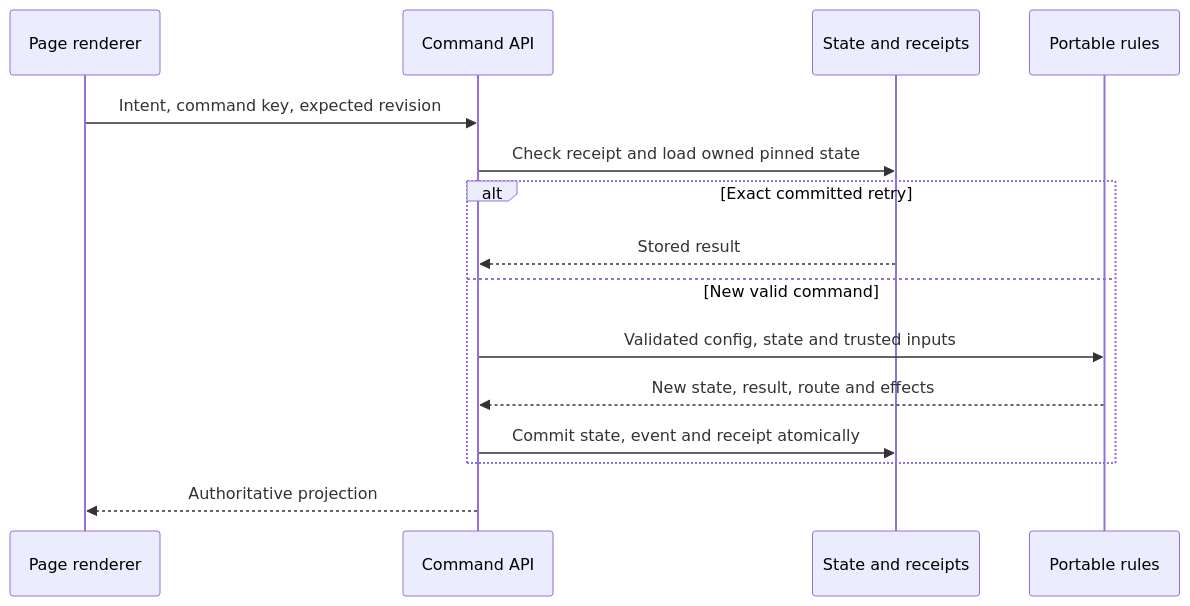
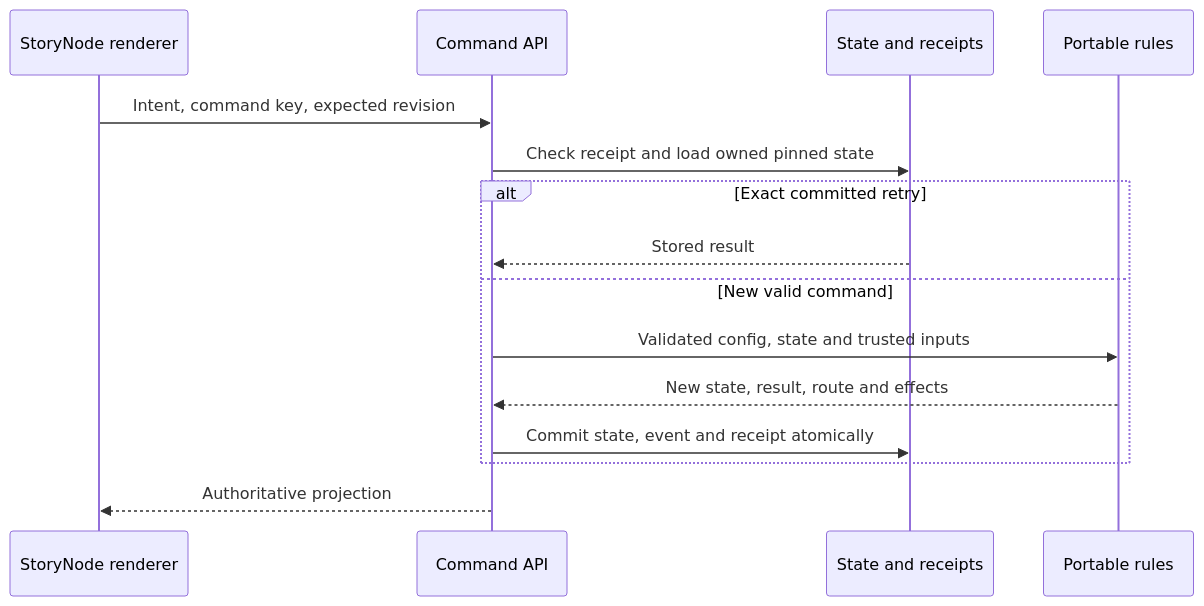
Before and after one commit to rcereghini/storybranch: the second of 2 diagrams in docs/story-system/data-storage.md, drawn with Mermaid. The commit also changed other lines of this file and 148 other files, not shown here.

First line of the commit message:
Align StoryNode naming and preserve existing data compatibility

````diff
--- a/docs/story-system/data-storage.md
+++ b/docs/story-system/data-storage.md
@@ -52,17 +59,17 @@
 ```mermaid
 sequenceDiagram
-  participant UI as Page renderer
+  participant UI as StoryNode renderer
   participant API as Command API
   participant DB as State and receipts
   participant Rules as Portable rules
   UI->>API: Intent, command key, expected revision
   API->>DB: Check receipt and load owned pinned state
   alt Exact committed retry
     DB-->>API: Stored result
   else New valid command
     API->>Rules: Validated config, state and trusted inputs
     Rules-->>API: New state, result, route and effects
     API->>DB: Commit state, event and receipt atomically
   end
   API-->>UI: Authoritative projection
 ```
````
